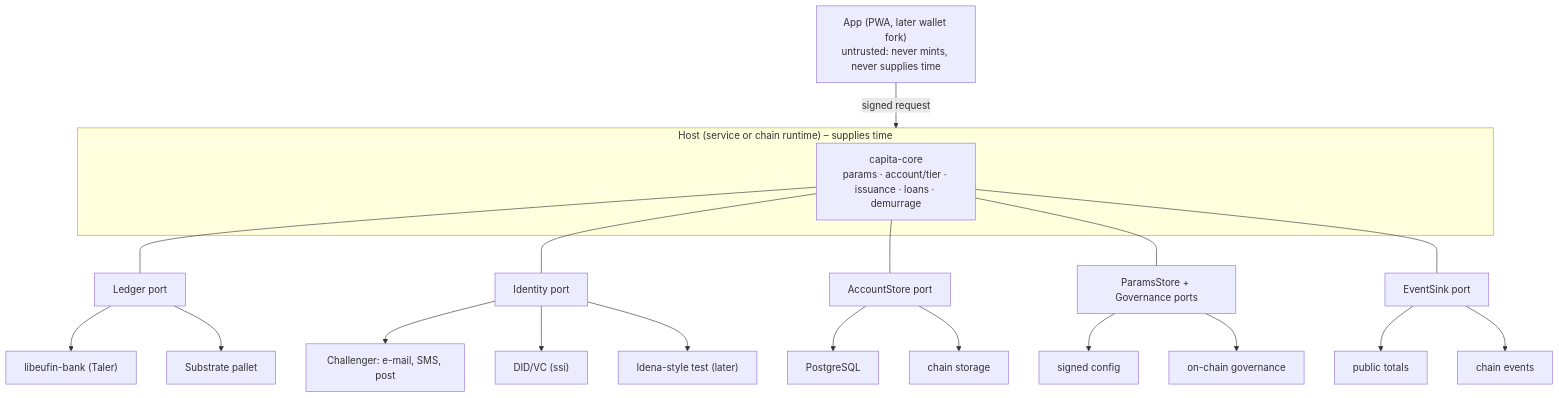
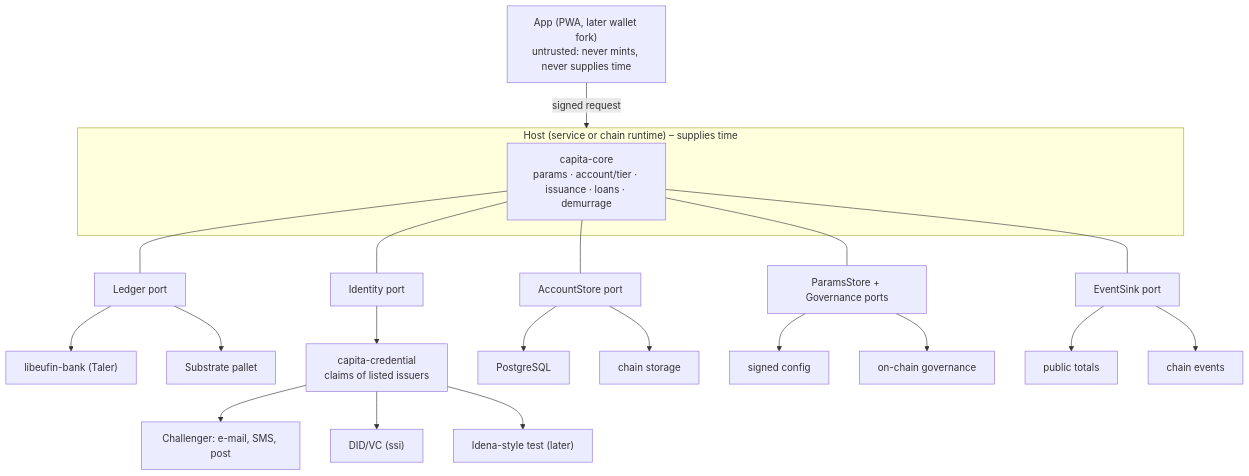
The first of 3 diagrams in docs/architecture.md (CapitaMoney/capita-money), drawn with Mermaid before and after one commit. The commit also changed other lines of this file and 27 other files, not shown here.

````diff
--- a/docs/architecture.md
+++ b/docs/architecture.md
@@ -18,18 +18,19 @@
 ```mermaid
 flowchart TB
   app["App (PWA, later wallet fork)<br/>untrusted: never mints, never supplies time"]
   subgraph host["Host (service or chain runtime) – supplies time"]
     core["capita-core<br/>params · account/tier · issuance · loans · demurrage"]
   end
   app -->|signed request| host
   core --- L["Ledger port"]
   core --- I["Identity port"]
   core --- S["AccountStore port"]
   core --- P["ParamsStore + Governance ports"]
   core --- E["EventSink port"]
   L --> L1["libeufin-bank (Taler)"] & L2["Substrate pallet"]
-  I --> I1["Challenger: e-mail, SMS, post"] & I2["DID/VC (ssi)"] & I3["Idena-style test (later)"]
+  I --> IC["capita-credential<br/>claims of listed issuers"]
+  IC --> I1["Challenger: e-mail, SMS, post"] & I2["DID/VC (ssi)"] & I3["Idena-style test (later)"]
   S --> S1["PostgreSQL"] & S2["chain storage"]
   P --> P1["signed config"] & P2["on-chain governance"]
   E --> E1["public totals"] & E2["chain events"]
 ```
````
